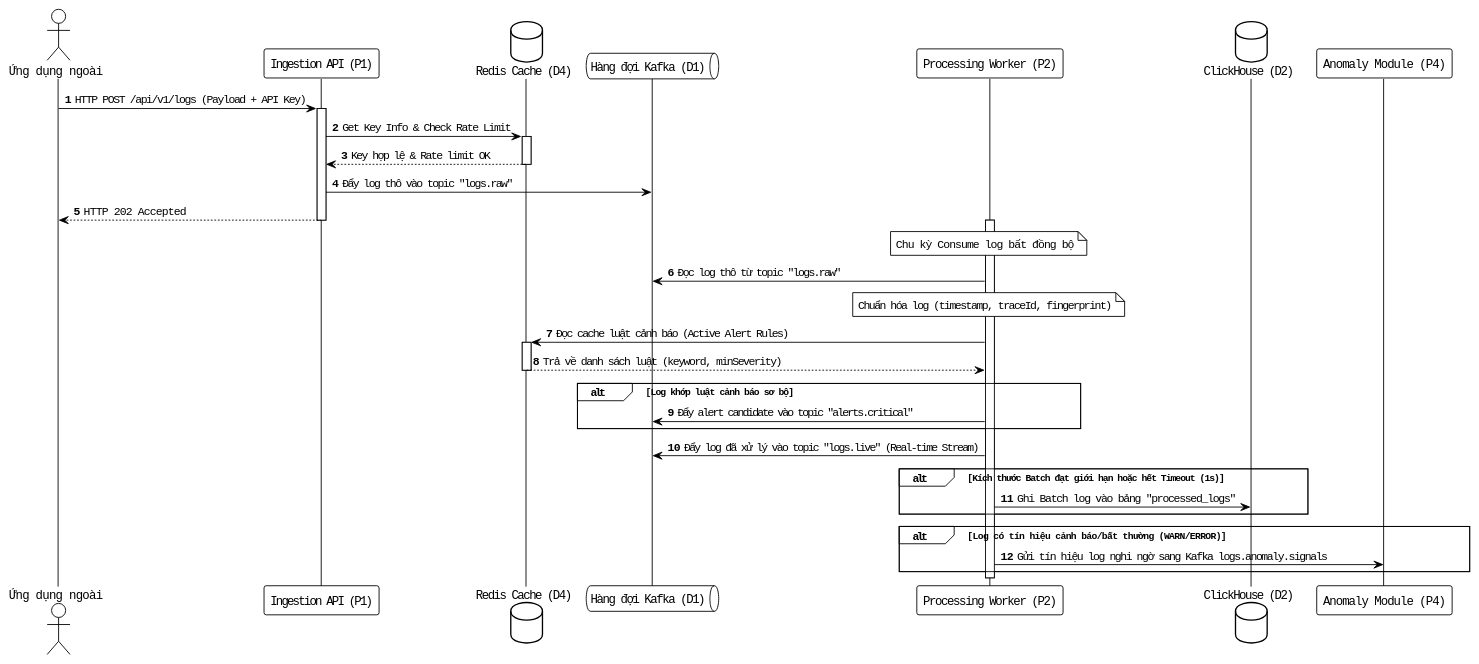
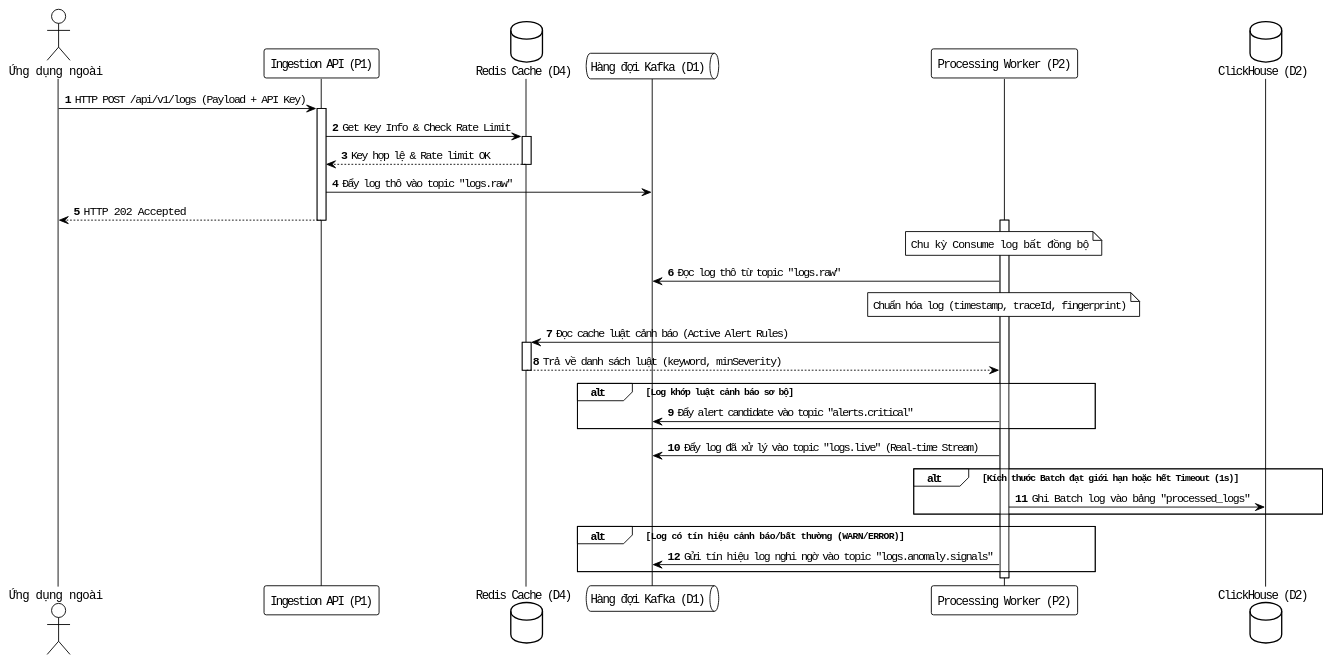
The fourth of 14 diagrams in detailed-diagrams.md (nguyentrongduc2005/log-monitoring-system), drawn with PlantUML before and after one commit. The commit also changed other lines of this file, not shown here.

Commit message:
docs: decouple anomaly module from log processing sequence diagrams

````diff
--- a/detailed-diagrams.md
+++ b/detailed-diagrams.md
@@ -162,55 +161,54 @@
 ```plantuml
 @startuml
 !theme plain
 skinparam monochrome true
 skinparam shadowing false
 skinparam defaultFontName "Courier New"
 
 actor "Ứng dụng ngoài" as App
 participant "Ingestion API (P1)" as Ingest
 database "Redis Cache (D4)" as Redis
 queue "Hàng đợi Kafka (D1)" as Kafka
 participant "Processing Worker (P2)" as Worker
 database "ClickHouse (D2)" as CH
-participant "Anomaly Module (P4)" as Anomaly
 
 autonumber
 
 App -> Ingest : HTTP POST /api/v1/logs (Payload + API Key)
 activate Ingest
 Ingest -> Redis : Get Key Info & Check Rate Limit
 activate Redis
 Redis --> Ingest : Key hợp lệ & Rate limit OK
 deactivate Redis
 
 Ingest -> Kafka : Đẩy log thô vào topic "logs.raw"
 Ingest --> App : HTTP 202 Accepted
 deactivate Ingest
 
 Note over Worker : Chu kỳ Consume log bất đồng bộ
 activate Worker
 Worker -> Kafka : Đọc log thô từ topic "logs.raw"
 Note over Worker : Chuẩn hóa log (timestamp, traceId, fingerprint)
 
 Worker -> Redis : Đọc cache luật cảnh báo (Active Alert Rules)
 activate Redis
 Redis --> Worker : Trả về danh sách luật (keyword, minSeverity)
 deactivate Redis
 
 alt Log khớp luật cảnh báo sơ bộ
     Worker -> Kafka : Đẩy alert candidate vào topic "alerts.critical"
 end
 
 Worker -> Kafka : Đẩy log đã xử lý vào topic "logs.live" (Real-time Stream)
 
 alt Kích thước Batch đạt giới hạn hoặc hết Timeout (1s)
     Worker -> CH : Ghi Batch log vào bảng "processed_logs"
 end
 
 alt Log có tín hiệu cảnh báo/bất thường (WARN/ERROR)
-    Worker -> Anomaly : Gửi tín hiệu log nghi ngờ sang Kafka logs.anomaly.signals
+    Worker -> Kafka : Gửi tín hiệu log nghi ngờ vào topic "logs.anomaly.signals"
 end
 deactivate Worker
 
 @enduml
 ```
````
